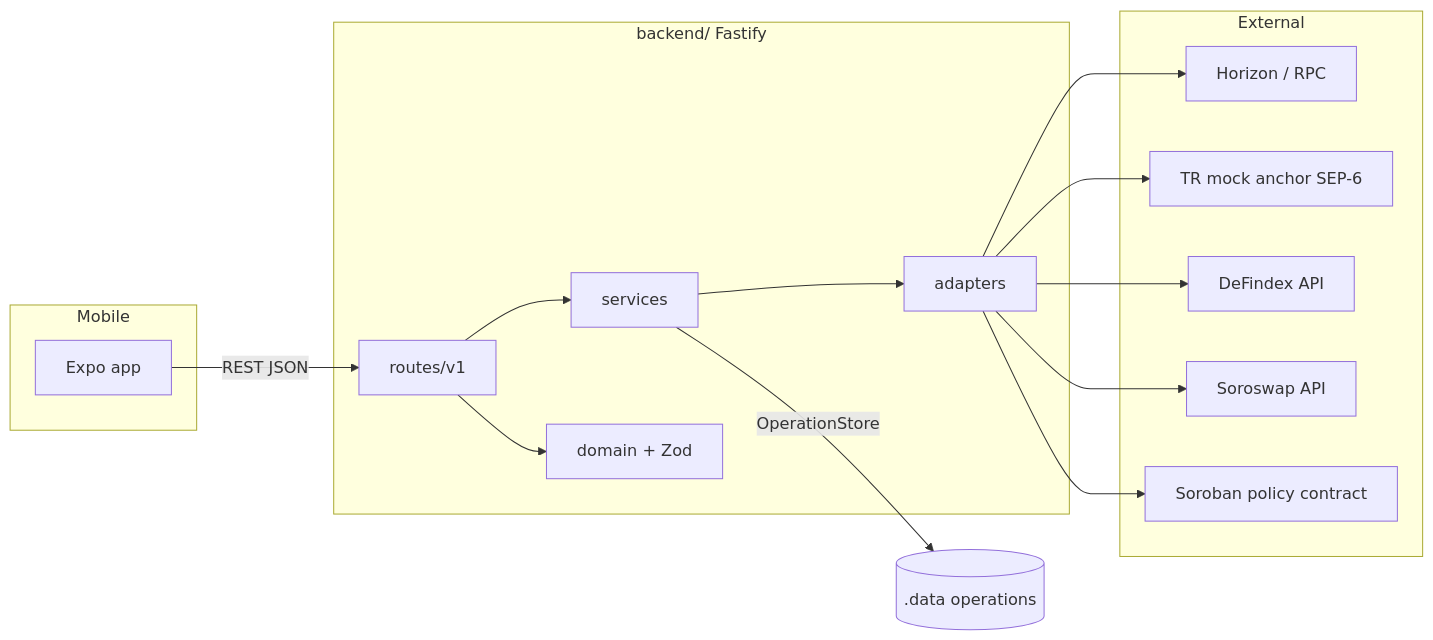
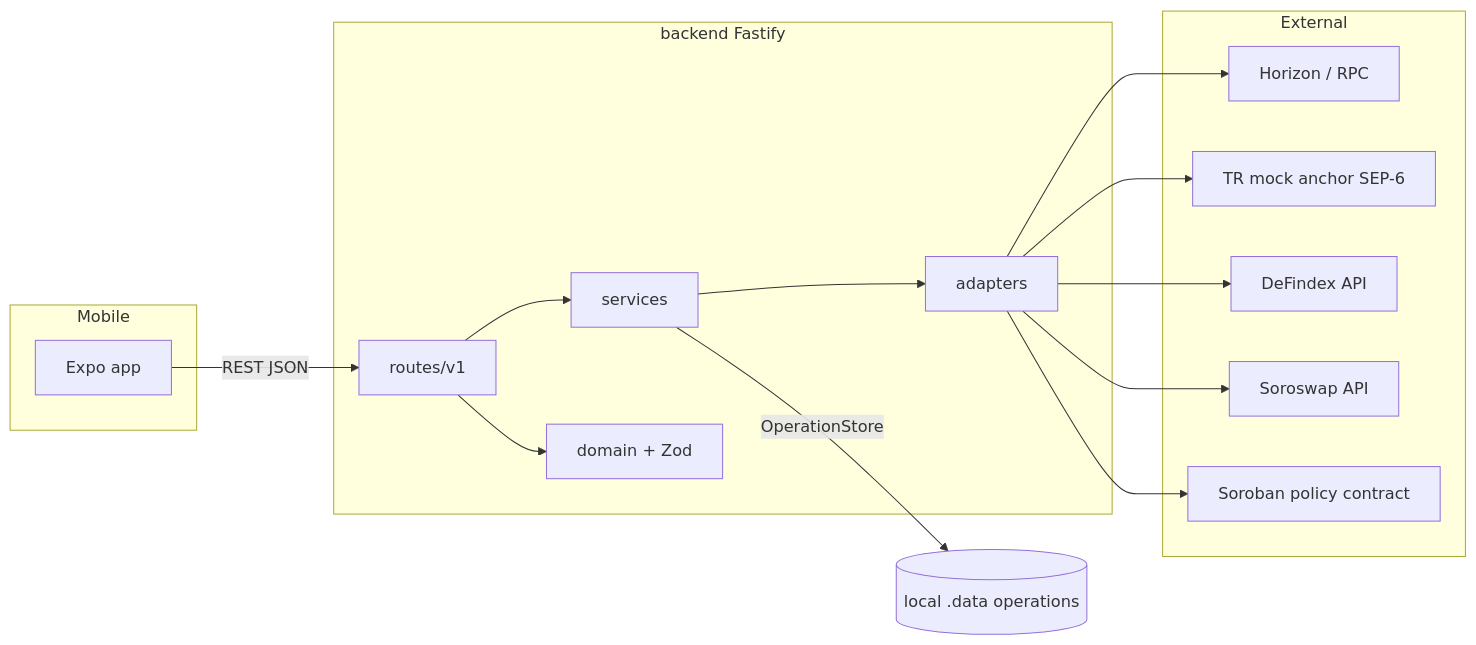
One commit to trinqa/trinqa changed the diagram in docs/backend/ARCHITECTURE.md. Above: the diagram before and after it, drawn with Mermaid. The commit also changed other lines of this file and 296 other files, not shown here.

````diff
--- a/docs/backend/ARCHITECTURE.md
+++ b/docs/backend/ARCHITECTURE.md
@@ -30,29 +15,29 @@
 ```mermaid
 flowchart LR
   subgraph Mobile
     M[Expo app]
   end
-  subgraph BFF["backend/ Fastify"]
+  subgraph BFF["backend Fastify"]
     R[routes/v1]
     S[services]
     A[adapters]
     D[domain + Zod]
   end
   subgraph External
     H[Horizon / RPC]
     TR[TR mock anchor SEP-6]
     DF[DeFindex API]
     SW[Soroswap API]
     SB[Soroban policy contract]
   end
   M -->|REST JSON| R
   R --> D
   R --> S
   S --> A
   A --> H
   A --> TR
   A --> DF
   A --> SW
   A --> SB
-  S -->|OperationStore| OS[(.data operations)]
+  S -->|OperationStore| OS[(local .data operations)]
 ```
````
